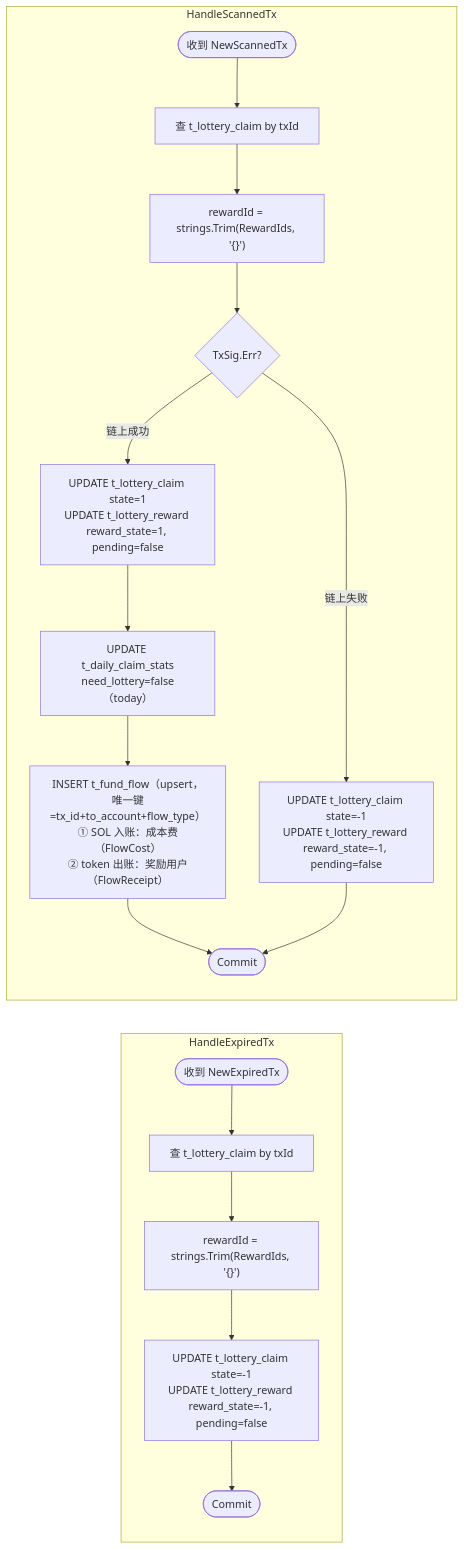
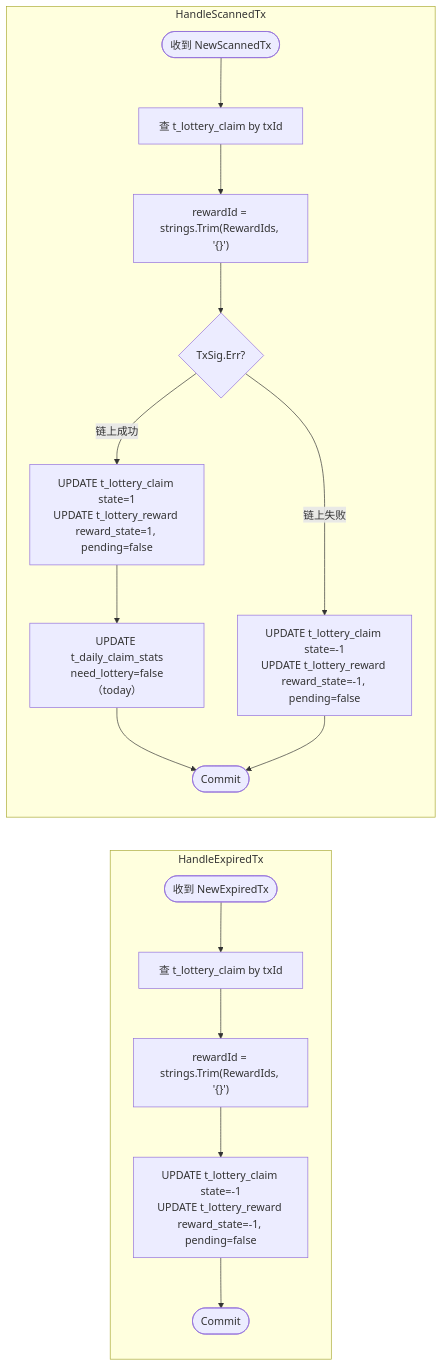
Before and after one commit to BillInUK/oshit-go: the seventh of 7 diagrams in docs/v1/reward_lottery.md, drawn with Mermaid. The commit also changed other lines of this file and 20 other files, not shown here.

````diff
--- a/docs/v1/reward_lottery.md
+++ b/docs/v1/reward_lottery.md
@@ -280,25 +279,24 @@
 ```mermaid
 flowchart TD
     subgraph S["HandleScannedTx"]
         direction TD
         A([收到 NewScannedTx]) --> B[查 t_lottery_claim by txId]
         B --> C["rewardId = strings.Trim(RewardIds, '{}')"]
         C --> D{TxSig.Err?}
         D -- 链上失败 --> E["UPDATE t_lottery_claim state=-1\nUPDATE t_lottery_reward reward_state=-1, pending=false"]
         D -- 链上成功 --> F["UPDATE t_lottery_claim state=1\nUPDATE t_lottery_reward reward_state=1, pending=false"]
         F --> G["UPDATE t_daily_claim_stats\nneed_lottery=false（today）"]
-        G --> H["INSERT t_fund_flow（upsert，唯一键=tx_id+to_account+flow_type）\n① SOL 入账：成本费（FlowCost）\n② token 出账：奖励用户（FlowReceipt）"]
-        H --> I([Commit])
+        G --> I([Commit])
         E --> I
     end
 
     subgraph E2["HandleExpiredTx"]
         direction TD
         A2([收到 NewExpiredTx]) --> B2[查 t_lottery_claim by txId]
         B2 --> C2["rewardId = strings.Trim(RewardIds, '{}')"]
         C2 --> D2["UPDATE t_lottery_claim state=-1\nUPDATE t_lottery_reward reward_state=-1, pending=false"]
         D2 --> E2_end([Commit])
     end
 
     S ~~~ E2
 ```
````
